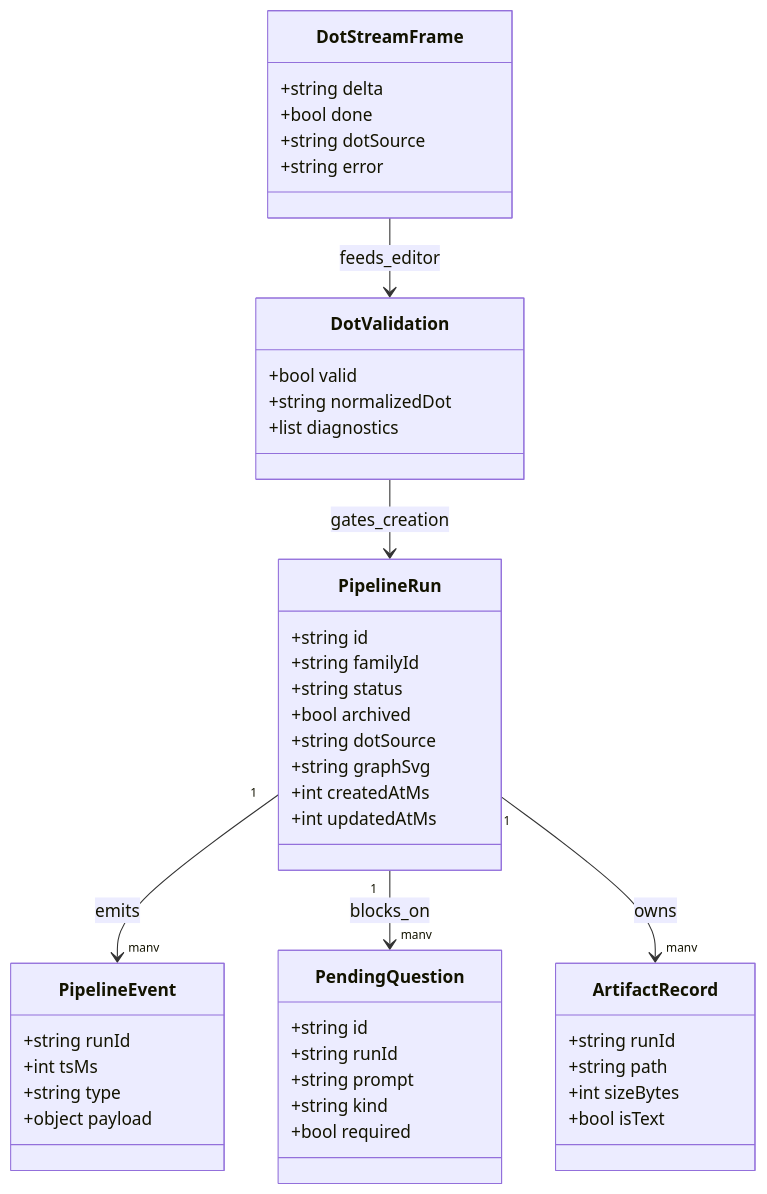
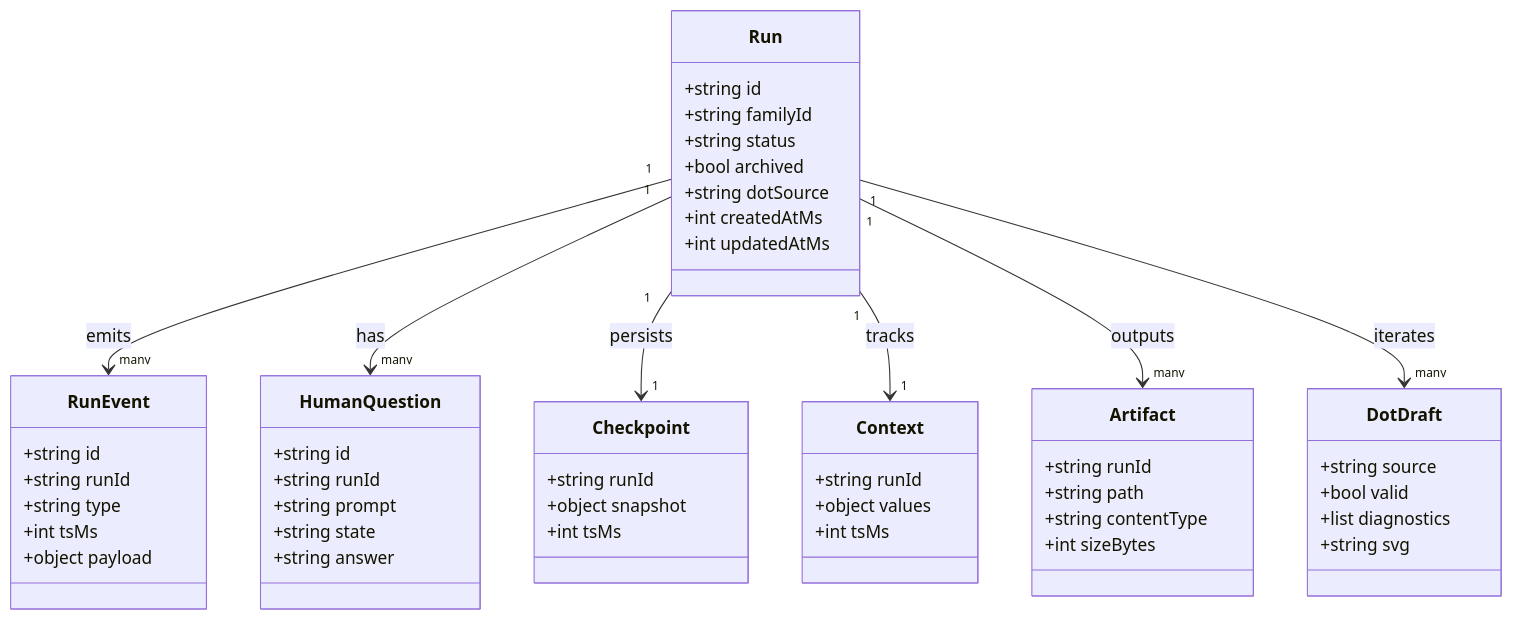
Before and after one commit to jaytaylor/attractor-php: the first of 5 diagrams in docs/sprints/SPRINT-002-attractor-php-web-dashboard.md, drawn with Mermaid. The commit also changed other lines of this file, not shown here.

````diff
--- a/docs/sprints/SPRINT-002-attractor-php-web-dashboard.md
+++ b/docs/sprints/SPRINT-002-attractor-php-web-dashboard.md
@@ -2763,54 +4561,61 @@
 ```mermaid
 classDiagram
-    class PipelineRun {
-      +string id
-      +string familyId
-      +string status
-      +bool archived
-      +string dotSource
-      +string graphSvg
-      +int createdAtMs
-      +int updatedAtMs
-    }
+  class Run {
+    +string id
+    +string familyId
+    +string status
+    +bool archived
+    +string dotSource
+    +int createdAtMs
+    +int updatedAtMs
+  }
 
-    class PipelineEvent {
-      +string runId
-      +int tsMs
-      +string type
-      +object payload
-    }
+  class RunEvent {
+    +string id
+    +string runId
+    +string type
+    +int tsMs
+    +object payload
+  }
 
-    class PendingQuestion {
-      +string id
-      +string runId
-      +string prompt
-      +string kind
-      +bool required
-    }
+  class HumanQuestion {
+    +string id
+    +string runId
+    +string prompt
+    +string state
+    +string answer
+  }
 
-    class ArtifactRecord {
-      +string runId
-      +string path
-      +int sizeBytes
-      +bool isText
-    }
+  class Checkpoint {
+    +string runId
+    +object snapshot
+    +int tsMs
+  }
 
-    class DotValidation {
-      +bool valid
-      +string normalizedDot
-      +list diagnostics
-    }
+  class Context {
+    +string runId
+    +object values
+    +int tsMs
+  }
 
-    class DotStreamFrame {
-      +string delta
-      +bool done
-      +string dotSource
-      +string error
-    }
+  class Artifact {
+    +string runId
+    +string path
+    +string contentType
+    +int sizeBytes
+  }
 
-    PipelineRun "1" --> "many" PipelineEvent : emits
-    PipelineRun "1" --> "many" PendingQuestion : blocks_on
-    PipelineRun "1" --> "many" ArtifactRecord : owns
-    DotValidation --> PipelineRun : gates_creation
-    DotStreamFrame --> DotValidation : feeds_editor
+  class DotDraft {
+    +string source
+    +bool valid
+    +list diagnostics
+    +string svg
+  }
+
+  Run "1" --> "many" RunEvent : emits
+  Run "1" --> "many" HumanQuestion : has
+  Run "1" --> "1" Checkpoint : persists
+  Run "1" --> "1" Context : tracks
+  Run "1" --> "many" Artifact : outputs
+  Run "1" --> "many" DotDraft : iterates
 ```
````
